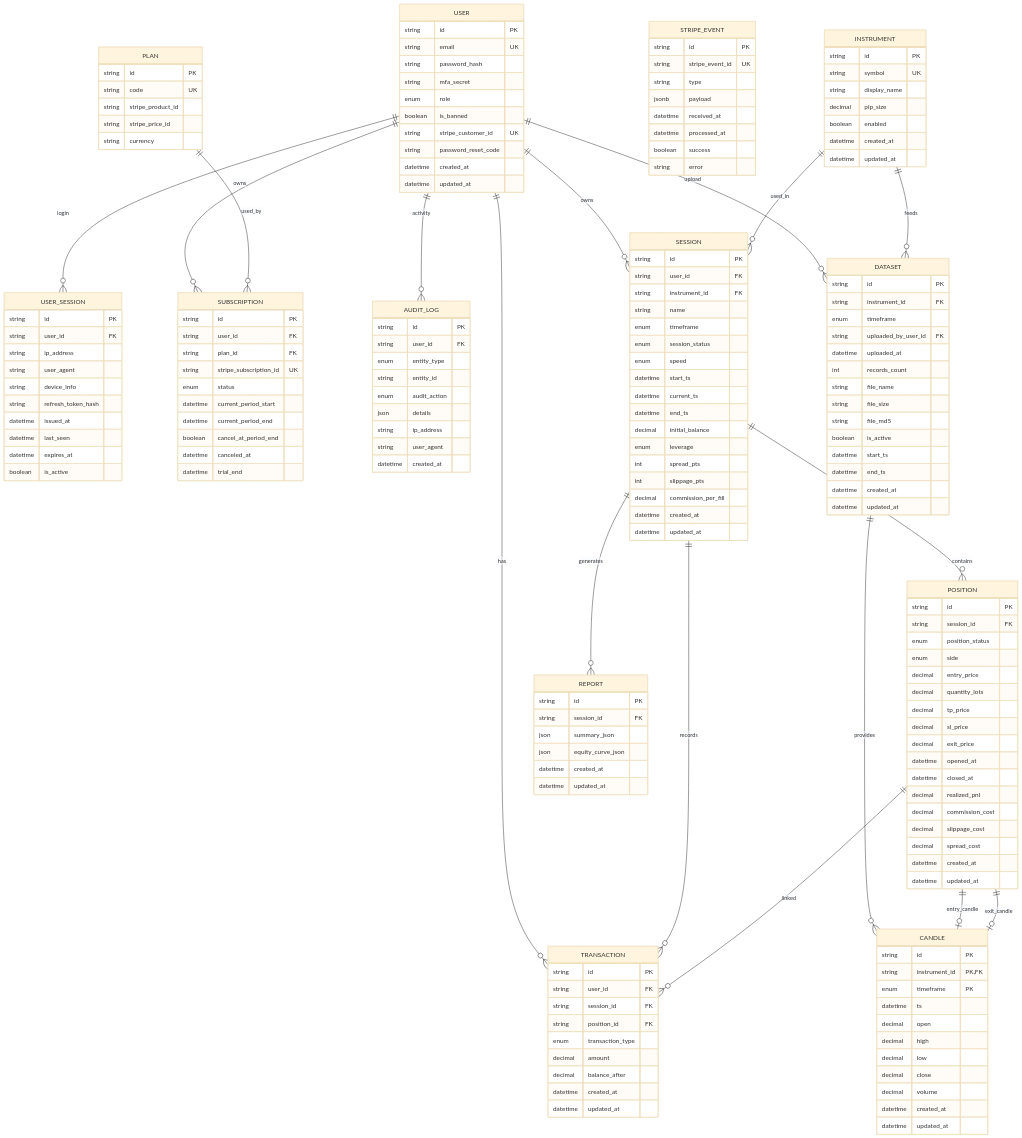
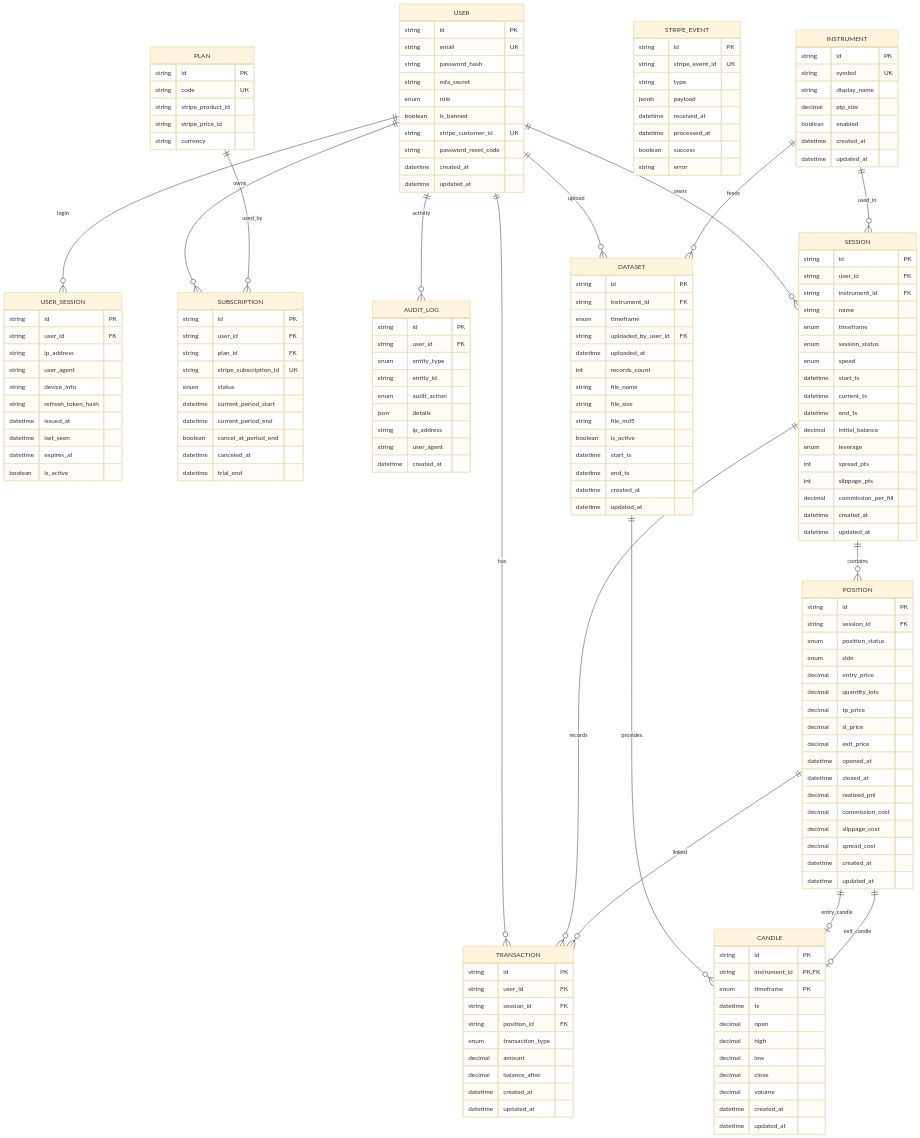
One commit to DamienReichhart/BackTrade changed the diagram in documentation/uml/er/er-diagram.md. Above: the diagram before and after it, drawn with Mermaid (base theme). The commit also changed 24 other files, not shown here.

```diff
--- a/documentation/uml/er/er-diagram.md
+++ b/documentation/uml/er/er-diagram.md
@@ -180,14 +180,6 @@
       datetime updated_at
     }
 
-    REPORT {
-      string id PK
-      string session_id FK
-      json summary_json
-      json equity_curve_json
-      datetime created_at
-      datetime updated_at    }
-
 
 
     USER ||--o{ SESSION : "owns"
@@ -197,7 +189,6 @@
     INSTRUMENT ||--o{ DATASET : "feeds"
     INSTRUMENT ||--o{ SESSION : "used_in"
     SESSION ||--o{ POSITION : "contains"
-    SESSION ||--o{ REPORT : "generates"
     DATASET ||--o{ CANDLE : "provides"
     USER ||--o{ TRANSACTION : "has"
     SESSION ||--o{ TRANSACTION : "records"
```
